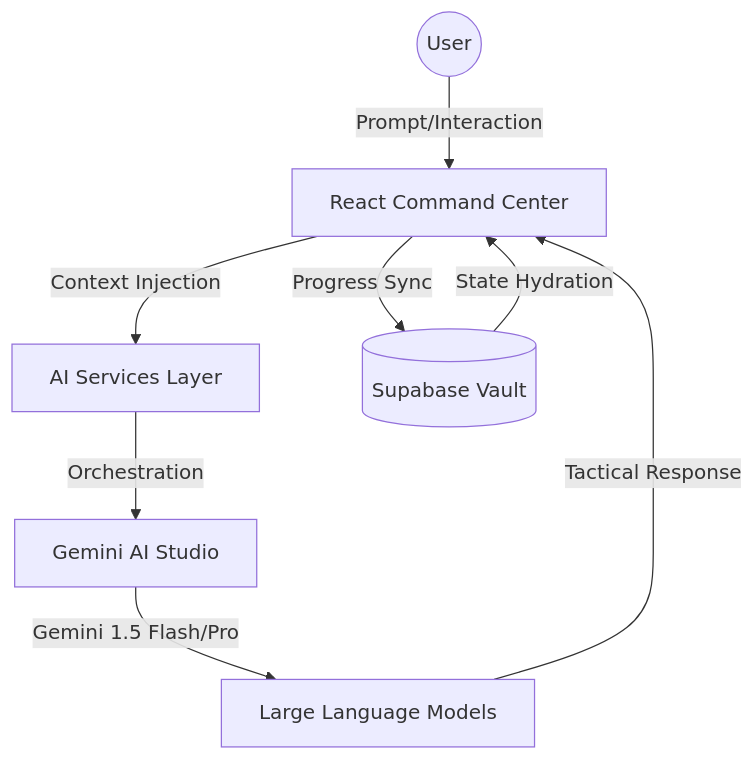
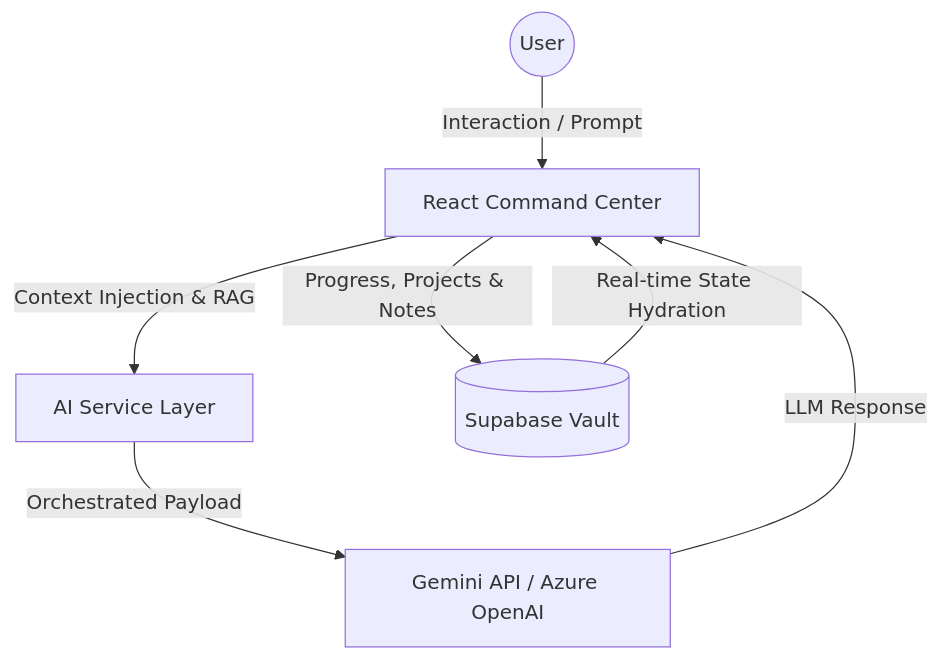
The first of 3 diagrams in README.md (nandanpatkar/GenAIAcademy), drawn with Mermaid before and after one commit. The commit also changed other lines of this file, not shown here.

Commit message:
docs: rebuild README with exhaustive context, flowcharts, schemas, and algorithms

````diff
--- a/README.md
+++ b/README.md
@@ -23,10 +26,9 @@
 ```mermaid
 graph TD
-    User((User)) -->|Prompt/Interaction| UI[React Command Center]
-    UI -->|Context Injection| AI[AI Services Layer]
-    AI -->|Orchestration| GEM[Gemini AI Studio]
-    GEM -->|Gemini 1.5 Flash/Pro| LLM[Large Language Models]
-    LLM -->|Tactical Response| UI
-    UI -->|Progress Sync| DB[(Supabase Vault)]
-    DB -->|State Hydration| UI
+    User((User)) -->|Interaction / Prompt| UI[React Command Center]
+    UI -->|Context Injection & RAG| AI[AI Service Layer]
+    AI -->|Orchestrated Payload| GEM[Gemini API / Azure OpenAI]
+    GEM -->|LLM Response| UI
+    UI -->|Progress, Projects & Notes| DB[(Supabase Vault)]
+    DB -->|Real-time State Hydration| UI
 ```
````
